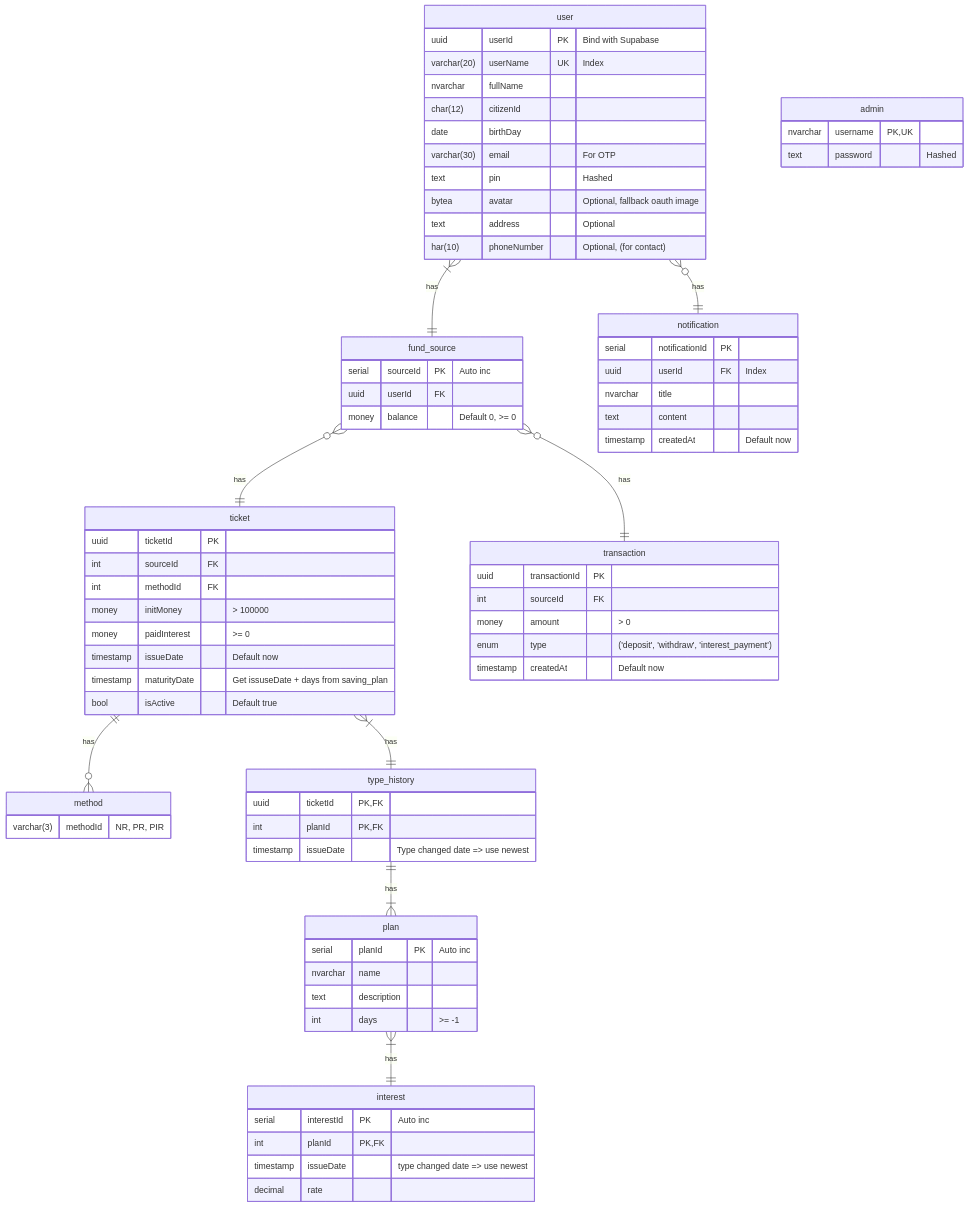
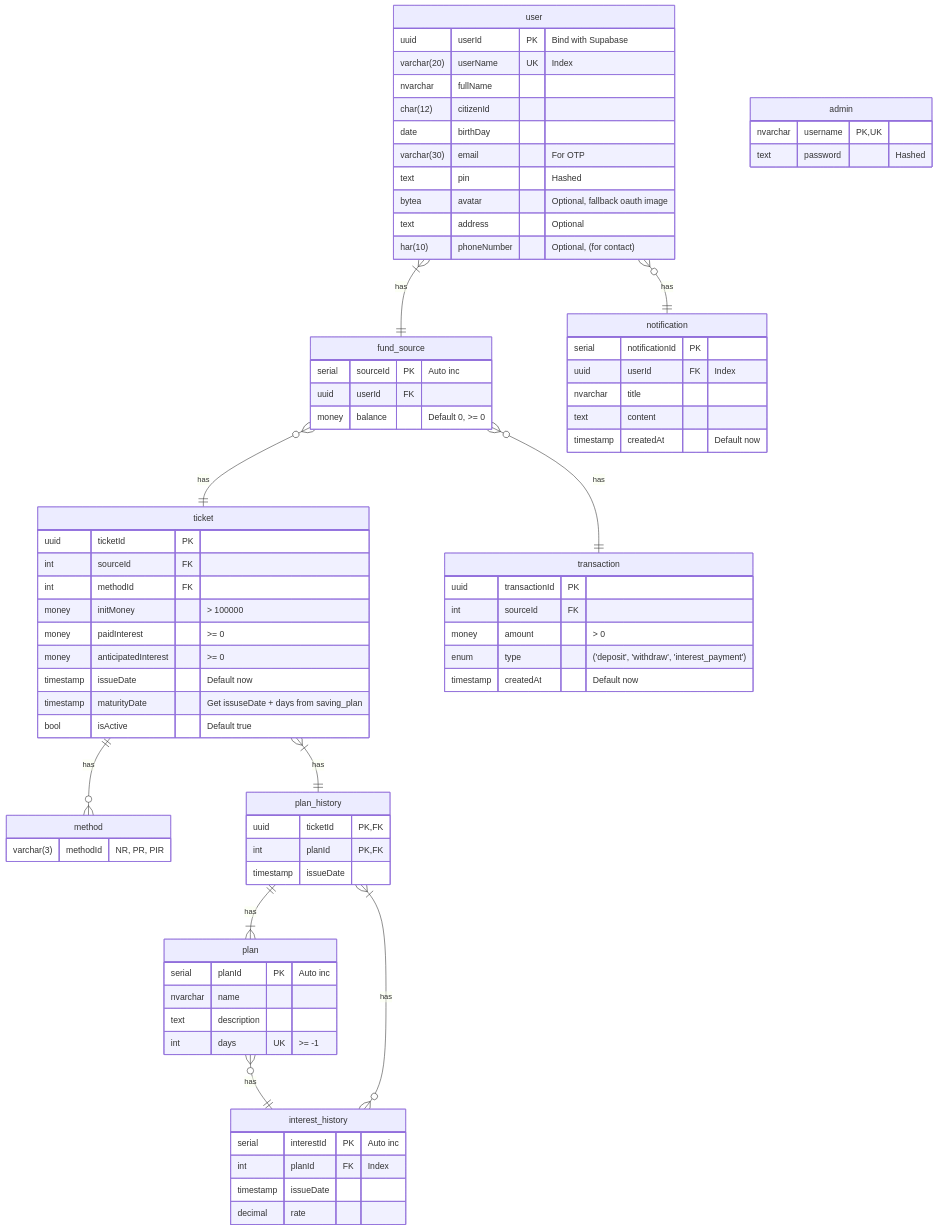
Before and after one commit to coinhub-uit/.github: the first of 2 diagrams in profile/README.md, drawn with Mermaid.

Commit message:
chore(save): My boss forced me to build this feature... Pure shit.

````diff
--- a/profile/README.md
+++ b/profile/README.md
@@ -42,18 +42,15 @@
     money balance "Default 0, >= 0"
   }
 
-  %% How to handle these cases in backend?
   method {
     %% Non-renewal, principal rollover, principal & interest rollover
     varchar(3) methodId "NR, PR, PIR"
   }
 
-  interest {
+  interest_history {
     serial interestId PK "Auto inc"
-    %% what PK too?
-    int planId PK,FK
-    %% why modify?
-    timestamp issueDate "type changed date => use newest"
+    int planId FK "Index"
+    timestamp issueDate
     decimal rate
   }
 
@@ -63,24 +60,26 @@
     int methodId FK
     %% So what if I changed and there're other ... already, will be failed
     money initMoney "> 100000"
+    %% Calculate before return to client (not in DB)?
     money paidInterest ">= 0"
+    money anticipatedInterest ">= 0"
     timestamp issueDate "Default now"
     timestamp maturityDate "Get issuseDate + days from saving_plan"
     bool isActive "Default true"
   }
 
-  type_history {
+  %% Use latest plan
+  plan_history {
     uuid ticketId PK,FK
     int planId PK,FK
-    %% TODO: Like above
-    timestamp issueDate "Type changed date => use newest"
+    timestamp issueDate
   }
 
   plan {
     serial planId PK "Auto inc"
     nvarchar name
     text description
-    int days ">= -1"
+    int days UK ">= -1"
   }
 
   transaction {
@@ -109,7 +108,8 @@
   user }|--|| fund_source : has
   fund_source }o--|| ticket : has
   ticket ||--o{ method : has
-  ticket }|--|| type_history : has
-  type_history ||--|{ plan : has
-  plan }|--|| interest : has
+  ticket }|--|| plan_history : has
+  plan_history ||--|{ plan : has
+  plan }o--|| interest_history : has
+  plan_history }|--}o interest_history : has
 ```
````
